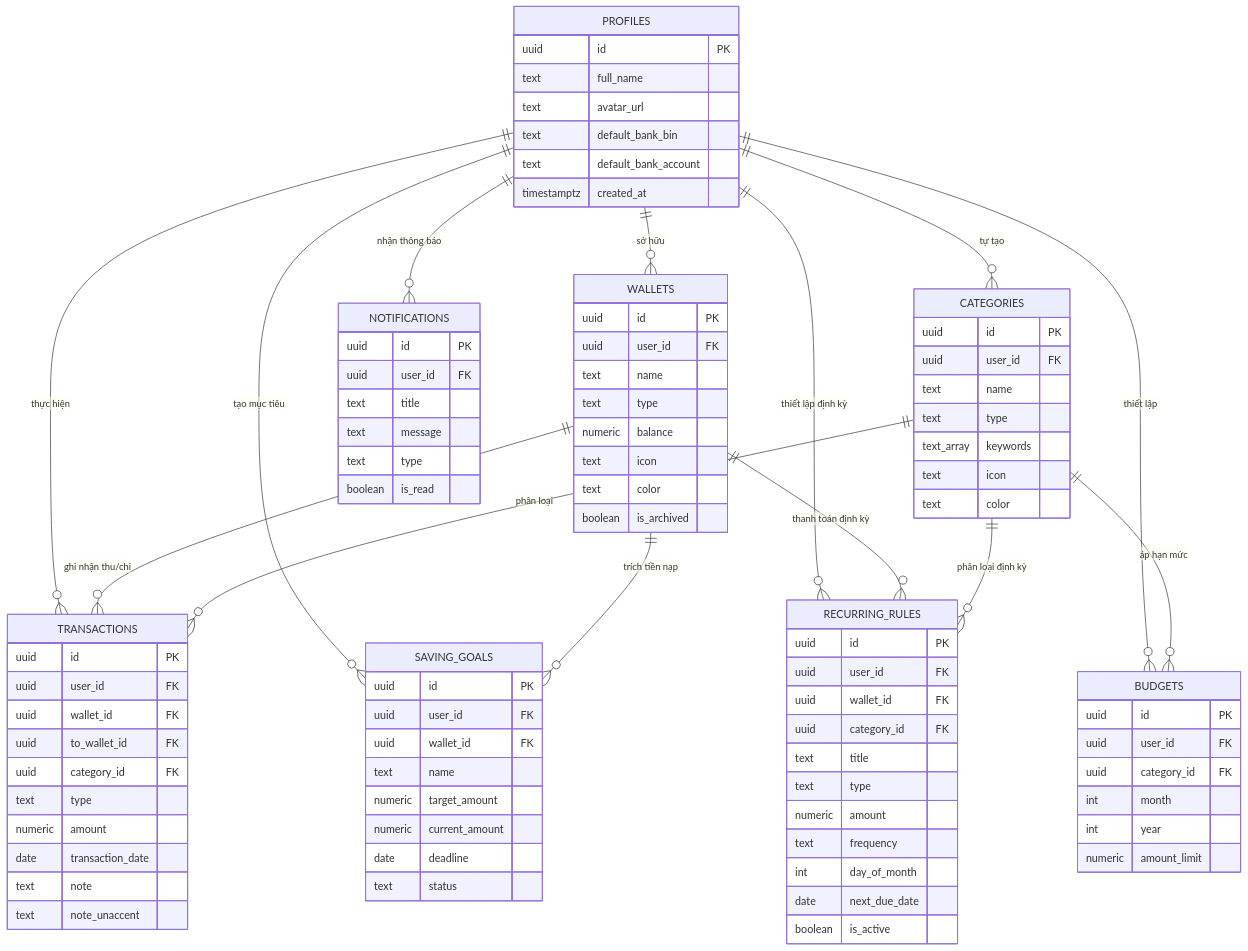
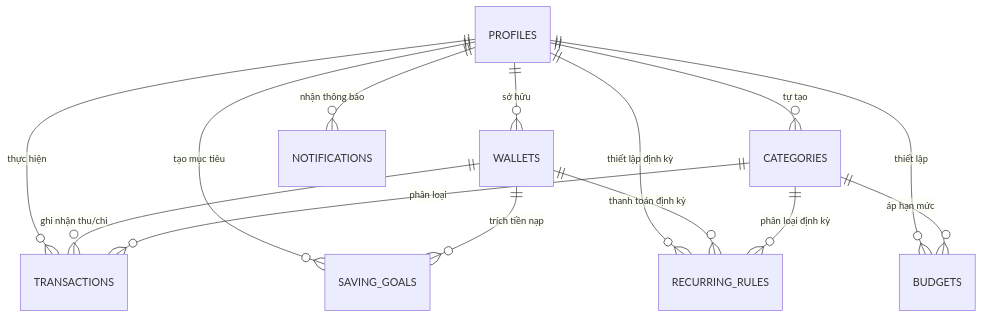
One commit to tungf2006/SpendWise changed the third of 3 diagrams in docs/architecture/ARCHITECTURE.md. Above: the diagram before and after it, drawn with Mermaid. The commit also changed other lines of this file and 1 other file, not shown here.

Commit message:
docs(architecture): hoan thien thuyet minh kien truc Chuong 4 va so do drawio

````diff
--- a/docs/architecture/ARCHITECTURE.md
+++ b/docs/architecture/ARCHITECTURE.md
@@ -85,90 +138,4 @@
     CATEGORIES ||--o{ TRANSACTIONS : "phân loại"
     CATEGORIES ||--o{ BUDGETS : "áp hạn mức"
     CATEGORIES ||--o{ RECURRING_RULES : "phân loại định kỳ"
-
-    PROFILES {
-        uuid id PK
-        text full_name
-        text avatar_url
-        text default_bank_bin
-        text default_bank_account
-        timestamptz created_at
-    }
-
-    WALLETS {
-        uuid id PK
-        uuid user_id FK
-        text name
-        text type
-        numeric balance
-        text icon
-        text color
-        boolean is_archived
-    }
-
-    CATEGORIES {
-        uuid id PK
-        uuid user_id FK
-        text name
-        text type
-        text_array keywords
-        text icon
-        text color
-    }
-
-    TRANSACTIONS {
-        uuid id PK
-        uuid user_id FK
-        uuid wallet_id FK
-        uuid to_wallet_id FK
-        uuid category_id FK
-        text type
-        numeric amount
-        date transaction_date
-        text note
-        text note_unaccent
-    }
-
-    BUDGETS {
-        uuid id PK
-        uuid user_id FK
-        uuid category_id FK
-        int month
-        int year
-        numeric amount_limit
-    }
-
-    SAVING_GOALS {
-        uuid id PK
-        uuid user_id FK
-        uuid wallet_id FK
-        text name
-        numeric target_amount
-        numeric current_amount
-        date deadline
-        text status
-    }
-
-    RECURRING_RULES {
-        uuid id PK
-        uuid user_id FK
-        uuid wallet_id FK
-        uuid category_id FK
-        text title
-        text type
-        numeric amount
-        text frequency
-        int day_of_month
-        date next_due_date
-        boolean is_active
-    }
-
-    NOTIFICATIONS {
-        uuid id PK
-        uuid user_id FK
-        text title
-        text message
-        text type
-        boolean is_read
-    }
 ```
````
